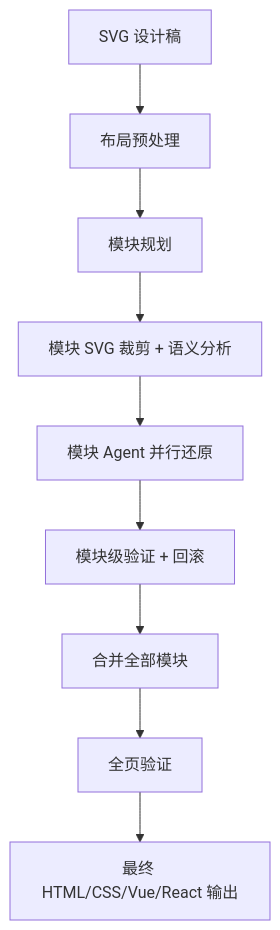
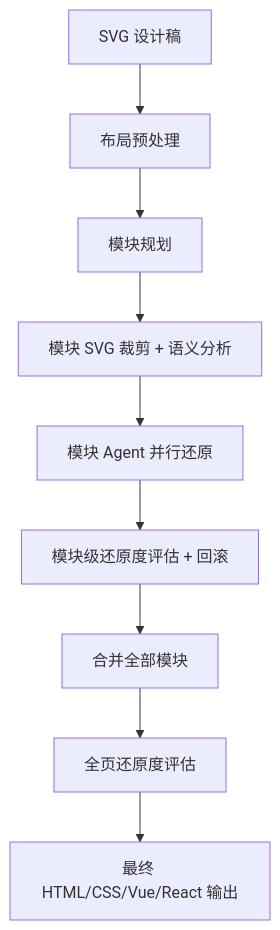
Before and after one commit to cnzhhx/svg-to-html: the diagram in README.md, drawn with Mermaid. The commit also changed other lines of this file and 6 other files, not shown here.

````diff
--- a/README.md
+++ b/README.md
@@ -152,11 +152,11 @@
 ```mermaid
 flowchart TD
   A[SVG 设计稿] --> B[布局预处理]
   B --> C[模块规划]
   C --> D[模块 SVG 裁剪 + 语义分析]
   D --> E[模块 Agent 并行还原]
-  E --> F[模块级验证 + 回滚]
+  E --> F[模块级还原度评估 + 回滚]
   F --> G[合并全部模块]
-  G --> H[全页验证]
+  G --> H[全页还原度评估]
   H --> I[最终 HTML/CSS/Vue/React 输出]
 ```
````
